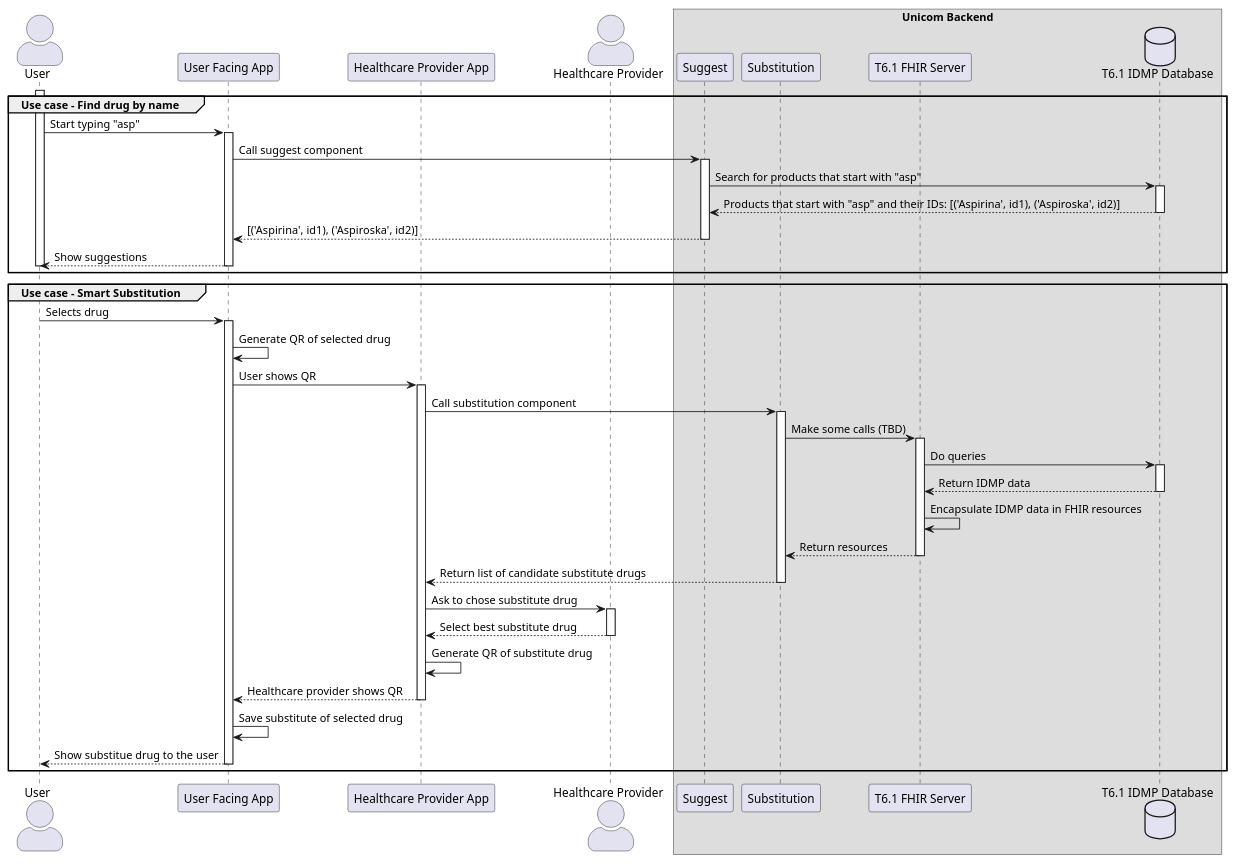
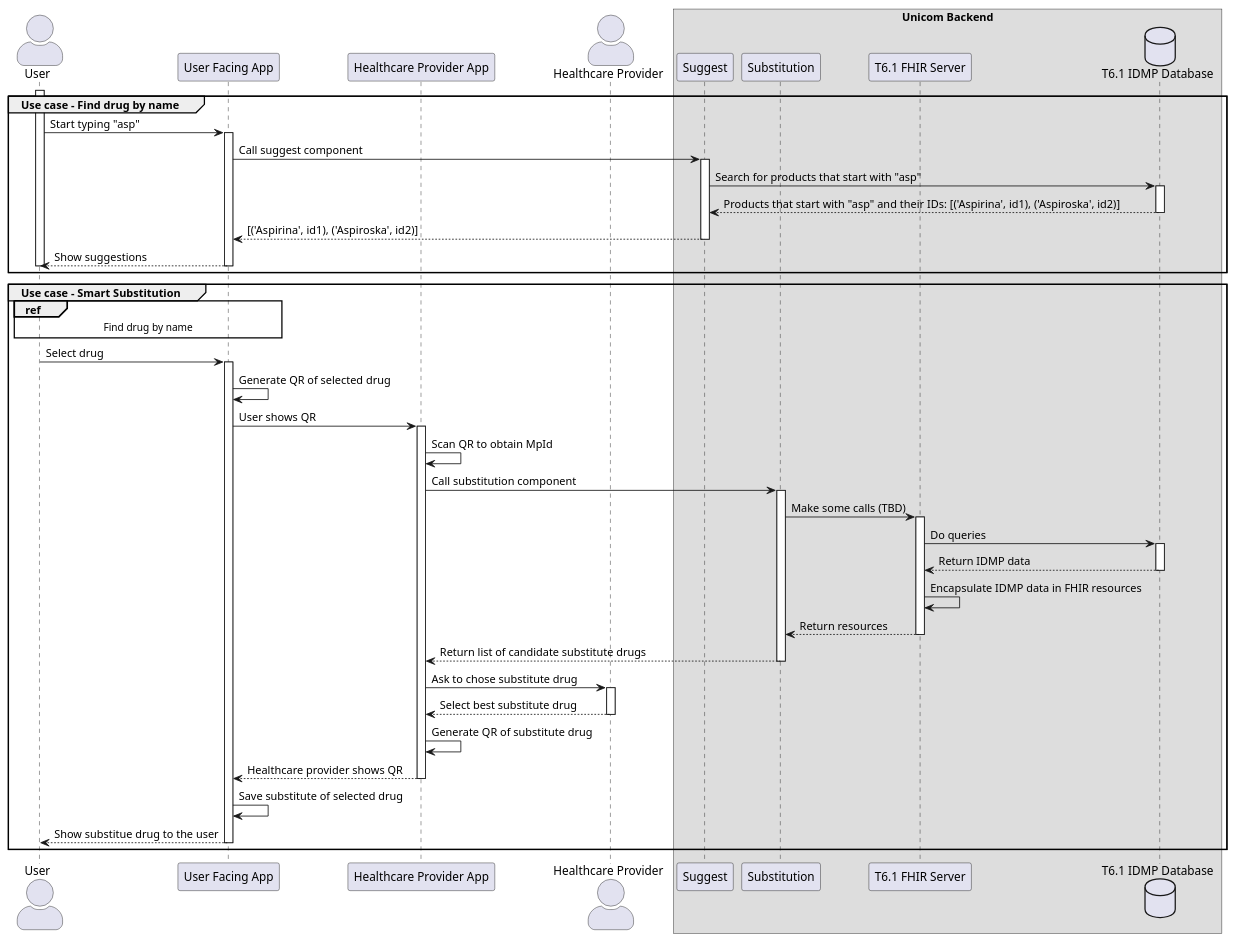
The diagram in uml/sequence/sequence.puml (unicom-project-eu/wp6-db-api), drawn with PlantUML before and after one commit.

Commit message:
Added ref to Find drug by name

```diff
--- a/uml/sequence/sequence.puml
+++ b/uml/sequence/sequence.puml
@@ -1,83 +1,85 @@
 @startuml
 skinparam actorStyle awesome
 
 actor User as user
 
 participant "User Facing App" as user_app
 
 participant "Healthcare Provider App" as provider_app
  
 actor "Healthcare Provider" as provider
 
 box "Unicom Backend"
     participant "Suggest" as suggest
     participant "Substitution" as substitution
     participant "T6.1 FHIR Server" as fhir
     database "T6.1 IDMP Database" as db
 end box
 
 group Use case - Find drug by name
     activate user
         user -> user_app : Start typing "asp"
         
         activate user_app
             user_app -> suggest : Call suggest component
 
             activate suggest
                 suggest -> db : Search for products that start with "asp"
 
                 activate db
                     db --> suggest : Products that start with "asp" and their IDs: [('Aspirina', id1), ('Aspiroska', id2)]
                 deactivate db
 
                 suggest --> user_app : [('Aspirina', id1), ('Aspiroska', id2)]
             deactivate suggest
 
         user_app --> user : Show suggestions 
         deactivate user_app
     deactivate user
 end
 
 group Use case - Smart Substitution
     activate user
-    user -> user_app : Selects drug
+    ref over user, user_app : Find drug by name 
+    user -> user_app : Select drug
         activate user_app
             user_app -> user_app : Generate QR of selected drug
             user_app -> provider_app : User shows QR
 
             activate provider_app
+                provider_app -> provider_app : Scan QR to obtain MpId
                 provider_app -> substitution : Call substitution component
                                 
                 activate substitution
                     substitution -> fhir : Make some calls (TBD)
 
                     activate fhir
                         fhir -> db : Do queries
                         activate db
                             db --> fhir : Return IDMP data
                         deactivate db
 
                         fhir -> fhir : Encapsulate IDMP data in FHIR resources
 
                         fhir --> substitution : Return resources
                     deactivate fhir
 
                     substitution --> provider_app : Return list of candidate substitute drugs
                 deactivate substitution
 
                 provider_app -> provider : Ask to chose substitute drug
                 activate provider
                     provider --> provider_app : Select best substitute drug
                 deactivate provider
 
                 provider_app -> provider_app : Generate QR of substitute drug
                 provider_app --> user_app : Healthcare provider shows QR
             deactivate provider_app
 
             user_app -> user_app : Save substitute of selected drug
             user_app --> user : Show substitue drug to the user
         deactivate user_app
     deactivate user
 end
 
 @enduml
```
